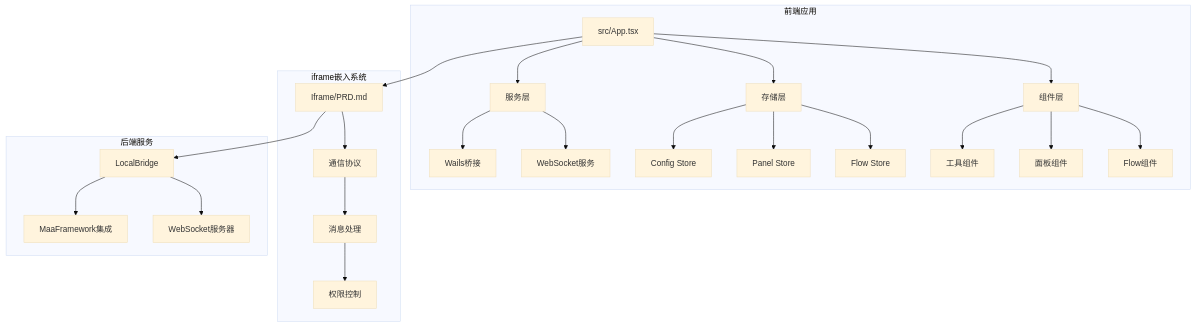
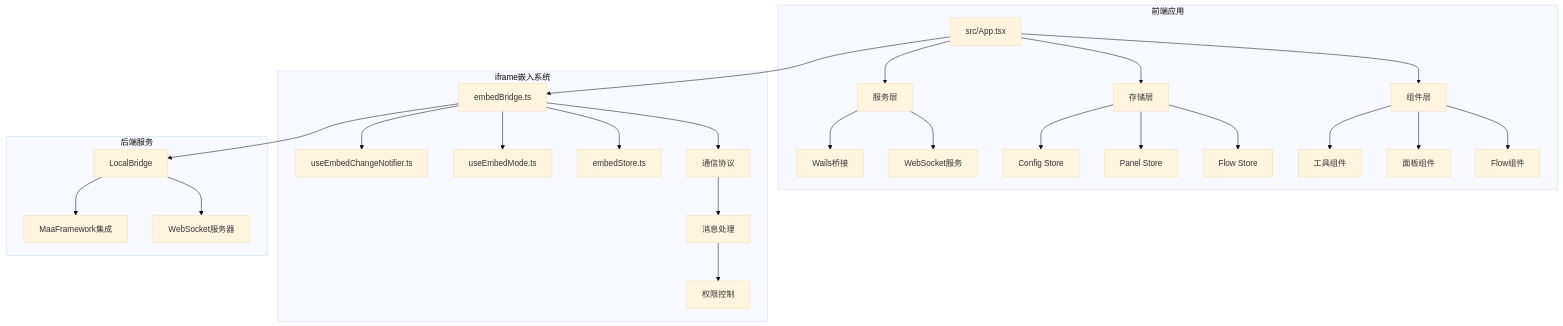
Before and after one commit to kqcoxn/MaaPipelineEditor: the first of 9 diagrams in .qoder/repowiki/zh/content/核心概念/通信协议/iframe嵌入系统.md, drawn with Mermaid (base theme). The commit also changed other lines of this file and 5 other files, not shown here.

````diff
--- a/.qoder/repowiki/zh/content/核心概念/通信协议/iframe嵌入系统.md
+++ b/.qoder/repowiki/zh/content/核心概念/通信协议/iframe嵌入系统.md
@@ -39,27 +50,30 @@
 ```mermaid
 graph TB
 subgraph "前端应用"
 A[src/App.tsx] --> B[组件层]
 A --> C[存储层]
 A --> D[服务层]
 B --> B1[Flow组件]
 B --> B2[面板组件]
 B --> B3[工具组件]
 C --> C1[Flow Store]
 C --> C2[Panel Store]
 C --> C3[Config Store]
 D --> D1[WebSocket服务]
 D --> D2[Wails桥接]
 end
 subgraph "iframe嵌入系统"
-E[Iframe/PRD.md] --> F[通信协议]
+E[embedBridge.ts] --> F[通信协议]
 F --> G[消息处理]
 G --> H[权限控制]
+E --> I[embedStore.ts]
+E --> J[useEmbedMode.ts]
+E --> K[useEmbedChangeNotifier.ts]
 end
 subgraph "后端服务"
-I[LocalBridge] --> J[WebSocket服务器]
-I --> K[MaaFramework集成]
+L[LocalBridge] --> M[WebSocket服务器]
+L --> N[MaaFramework集成]
 end
 A --> E
-E --> I
+E --> L
 ```
````
